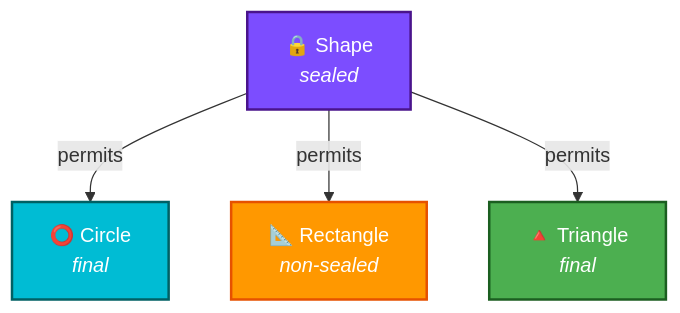
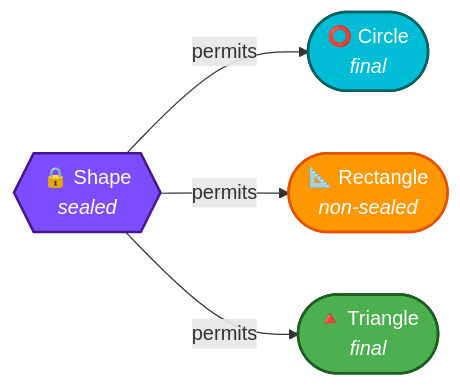
One commit to saivamsikaruturi/vamsilabs-dev-notes-main changed the diagram in docs/java/Java17.md. Above: the diagram before and after it, drawn with Mermaid. The commit also changed 146 other files, not shown here.

Commit message:
Horizontal diagrams, UML class diagrams, typography overhaul, and permalink cleanup

````diff
--- a/docs/java/Java17.md
+++ b/docs/java/Java17.md
@@ -24,12 +24,12 @@
 ```mermaid
-graph TD
-    Shape["🔒 Shape<br/><i>sealed</i>"]
-    Shape -->|permits| Circle["⭕ Circle<br/><i>final</i>"]
-    Shape -->|permits| Rectangle["📐 Rectangle<br/><i>non-sealed</i>"]
-    Shape -->|permits| Triangle["🔺 Triangle<br/><i>final</i>"]
+flowchart LR
+    Shape{{"🔒 Shape<br/><i>sealed</i>"}}
+    Shape -->|permits| Circle(["⭕ Circle<br/><i>final</i>"])
+    Shape -->|permits| Rectangle(["📐 Rectangle<br/><i>non-sealed</i>"])
+    Shape -->|permits| Triangle(["🔺 Triangle<br/><i>final</i>"])
 
     style Shape fill:#7C4DFF,color:#fff,stroke:#4A148C,stroke-width:2px
     style Circle fill:#00BCD4,color:#fff,stroke:#006064,stroke-width:2px
     style Rectangle fill:#FF9800,color:#fff,stroke:#E65100,stroke-width:2px
     style Triangle fill:#4CAF50,color:#fff,stroke:#1B5E20,stroke-width:2px
 ```
````
